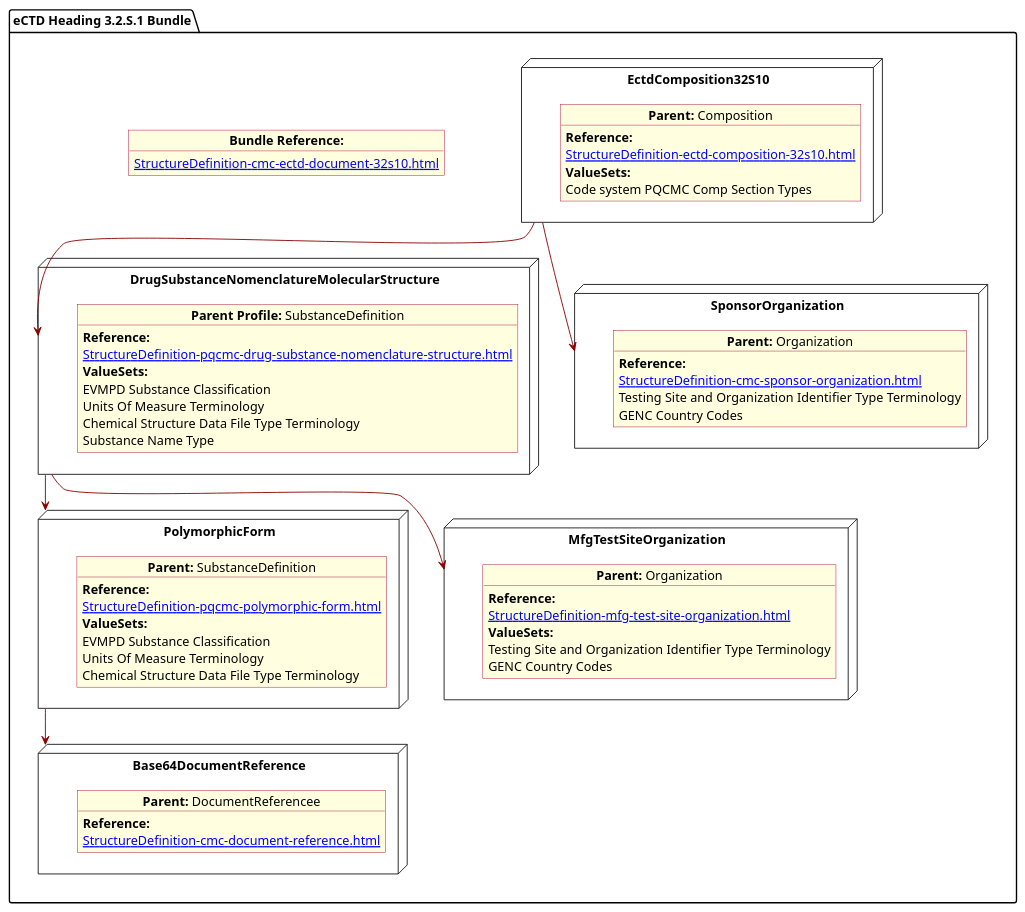
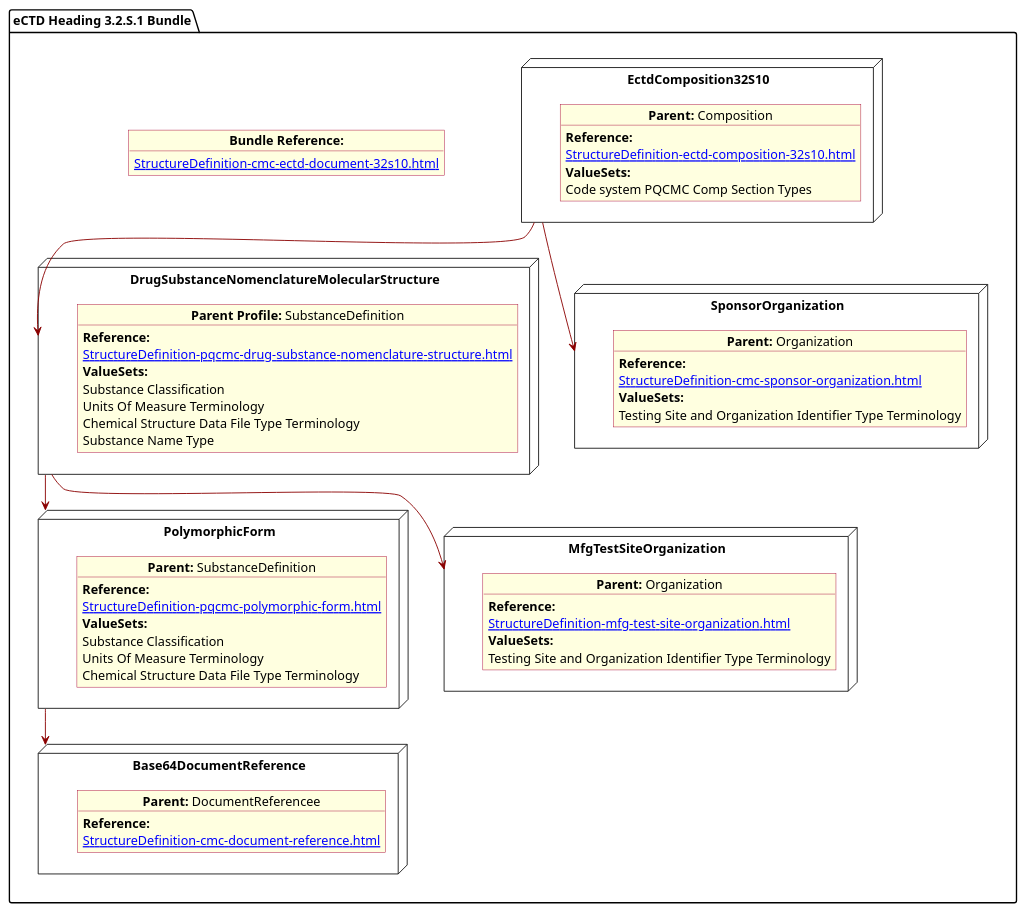
The diagram in input/images-source/SubstanceGeneral.plantuml (HL7/FHIR-us-pq-cmc-fda), drawn with PlantUML before and after one commit. The commit also changed 32 other files, not shown here.

```diff
--- a/input/images-source/SubstanceGeneral.plantuml
+++ b/input/images-source/SubstanceGeneral.plantuml
@@ -1,87 +1,83 @@
 @startuml SubstanceGeneral
 allowmixing
 'Mixed model of use case and object
 skinparam svgDimensionStyle false
 skinparam ObjectBackgroundColor LightYellow
 skinparam ObjectBorderColor #A80036
 skinparam activityDiamondBorderColor #A80036
 skinparam activityDiamondBackgroundColor lawnGreen
 skinparam ClassBorderThickness 4
 
 package "eCTD Heading 3.2.S.1 Bundle" as NODES {
   object "**Bundle Reference:**" as objbun {
     [[StructureDefinition-cmc-ectd-document-32s10.html]]
   }
 
   node "DrugSubstanceNomenclatureMolecularStructure" as NN {
 
     object "**Parent Profile:** SubstanceDefinition" as obj3 {
       **Reference:**
       [[StructureDefinition-pqcmc-drug-substance-nomenclature-structure.html]]
       **ValueSets:**
-      EVMPD Substance Classification
+      Substance Classification
       Units Of Measure Terminology
       Chemical Structure Data File Type Terminology
       Substance Name Type
     }
   }
 
   node "Base64DocumentReference" as NB64 {
 
     object "**Parent:** DocumentReferencee"  as obj64 {
       **Reference:**
       [[StructureDefinition-cmc-document-reference.html]]
     }
   }
   node "EctdComposition32S10" as N1 {
 
     object "**Parent:** Composition" as obj1 {
       **Reference:**
       [[StructureDefinition-ectd-composition-32s10.html]]
       **ValueSets:**
       Code system PQCMC Comp Section Types
     }
 
   }
   node "PolymorphicForm" as N2 {
 
     object "**Parent:** SubstanceDefinition" as obj2 {
       **Reference:**
       [[StructureDefinition-pqcmc-polymorphic-form.html]]
       **ValueSets:**
-      EVMPD Substance Classification
+      Substance Classification
       Units Of Measure Terminology
       Chemical Structure Data File Type Terminology
-
     }
-
   }
   node "SponsorOrganization" as NSO {
 
     object "**Parent:** Organization" as objAu {
       **Reference:**
       [[StructureDefinition-cmc-sponsor-organization.html]]
+      **ValueSets:**   
       Testing Site and Organization Identifier Type Terminology
-
-      GENC Country Codes
     }
   }
 
   node "MfgTestSiteOrganization" as N21mfg {
 
     object "**Parent:** Organization" as objTS  {
       **Reference:**
       [[StructureDefinition-mfg-test-site-organization.html]]
       **ValueSets:**
       Testing Site and Organization Identifier Type Terminology
-      GENC Country Codes
     }
   }
 
   N1 -[#darkred]-> NN
   NN -[#darkred]-> N2
   N2 -[#darkred]-> NB64
   N1 -[#darkred]-> NSO
   NN -[#darkred]-> N21mfg
 }
 @enduml
```
